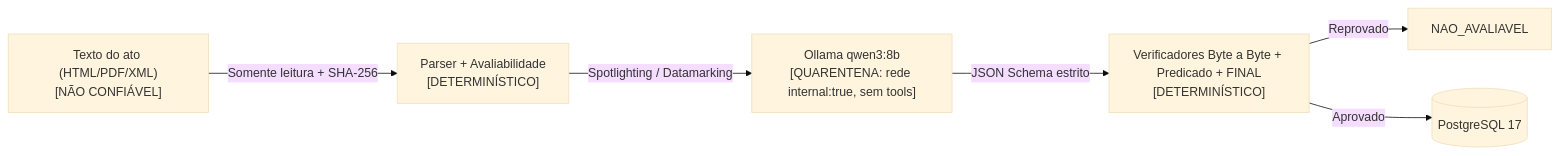
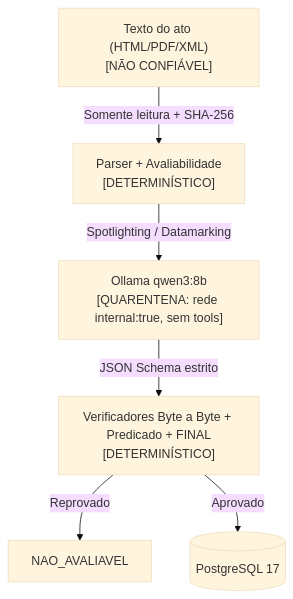
The diagram in docs/seguranca/threat-model.md (verifyLex-org/auditor-12002), drawn with Mermaid (base theme) before and after one commit. The commit also changed 2 other files, not shown here.

Commit message:
fix(docs): corrige contraste, tabelas no celular e diagramas ilegiveis
Achados da auditoria E2E com Playwright (21 paginas x 3 tamanhos x claro/escuro):
- Selo ACHADO no modo claro (4,25:1) e NAO_AVALIAVEL no escuro (4,50:1)
  passam a cumprir WCAG AA
- Tabelas largas rolam na horizontal no celular em vez de espremer colunas
- Diagramas de arquitetura e threat model desenhados de cima para baixo,
  pois o fluxo horizontal ficava ilegivel ao caber na coluna

````diff
--- a/docs/seguranca/threat-model.md
+++ b/docs/seguranca/threat-model.md
@@ -12,8 +12,8 @@
 ```mermaid
-flowchart LR
+flowchart TB
   UNTRUSTED["Texto do ato (HTML/PDF/XML)<br/>[NÃO CONFIÁVEL]"] -->|Somente leitura + SHA-256| PARSER["Parser + Avaliabilidade<br/>[DETERMINÍSTICO]"]
   PARSER -->|Spotlighting / Datamarking| LLM["Ollama qwen3:8b<br/>[QUARENTENA: rede internal:true, sem tools]"]
   LLM -->|JSON Schema estrito| VERIFY["Verificadores Byte a Byte + Predicado + FINAL<br/>[DETERMINÍSTICO]"]
   VERIFY -->|Reprovado| ABST["NAO_AVALIAVEL"]
   VERIFY -->|Aprovado| DB[("PostgreSQL 17")]
 ```
````
